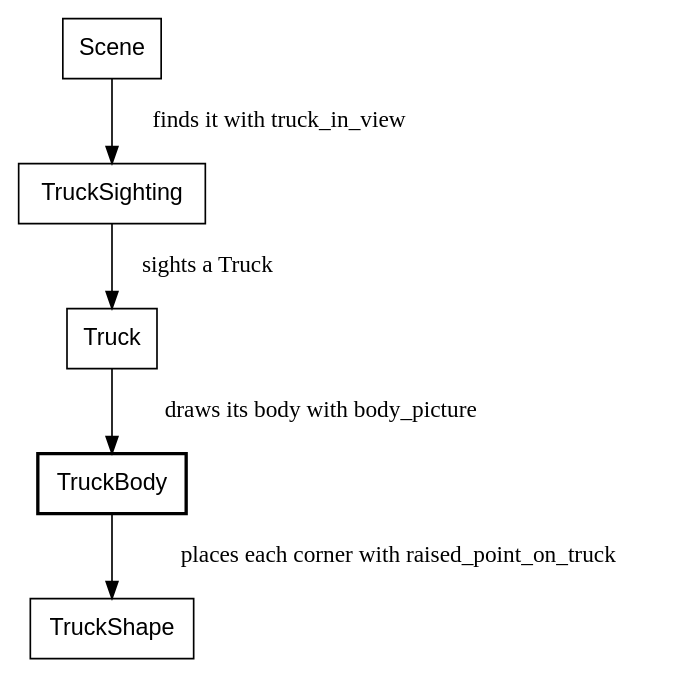
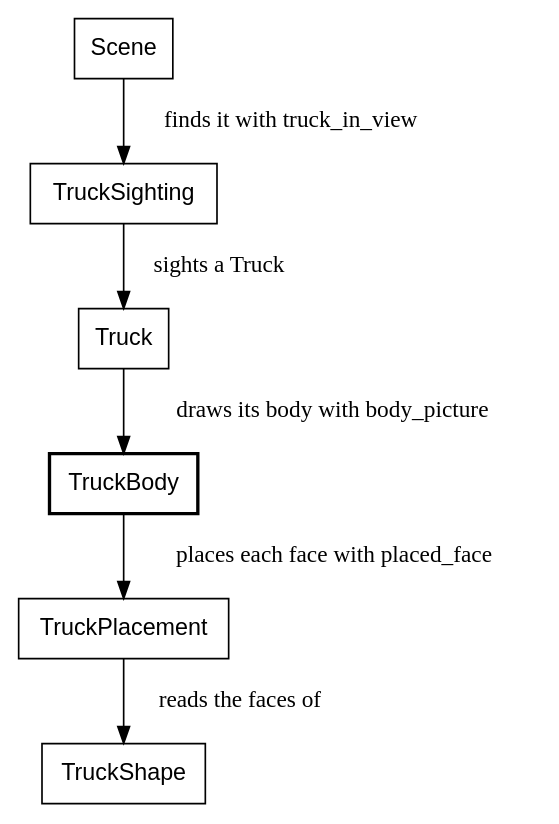
One commit to showell/roc-apps changed diagram 20 of 30 in canvas_apps/safari/tutorial/tutorial.md. Above: the diagram before and after it, drawn with Graphviz. The commit also changed other lines of this file and 8 other files, not shown here.

First line of the commit message:
safari: the truck's shape as plain values, placed by TruckPlacement

````diff
--- a/canvas_apps/safari/tutorial/tutorial.md
+++ b/canvas_apps/safari/tutorial/tutorial.md
@@ -1937,10 +1937,11 @@
 ```dot
 digraph truck_drawing {
   node [shape=box, fontname="Helvetica"];
   TruckBody [style=bold];
   Scene -> TruckSighting [label="  finds it with truck_in_view"];
   TruckSighting -> Truck [label="  sights a Truck"];
   Truck -> TruckBody [label="  draws its body with body_picture"];
-  TruckBody -> TruckShape [label="  places each corner with raised_point_on_truck"];
+  TruckBody -> TruckPlacement [label="  places each face with placed_face"];
+  TruckPlacement -> TruckShape [label="  reads the faces of"];
 }
 ```
````
